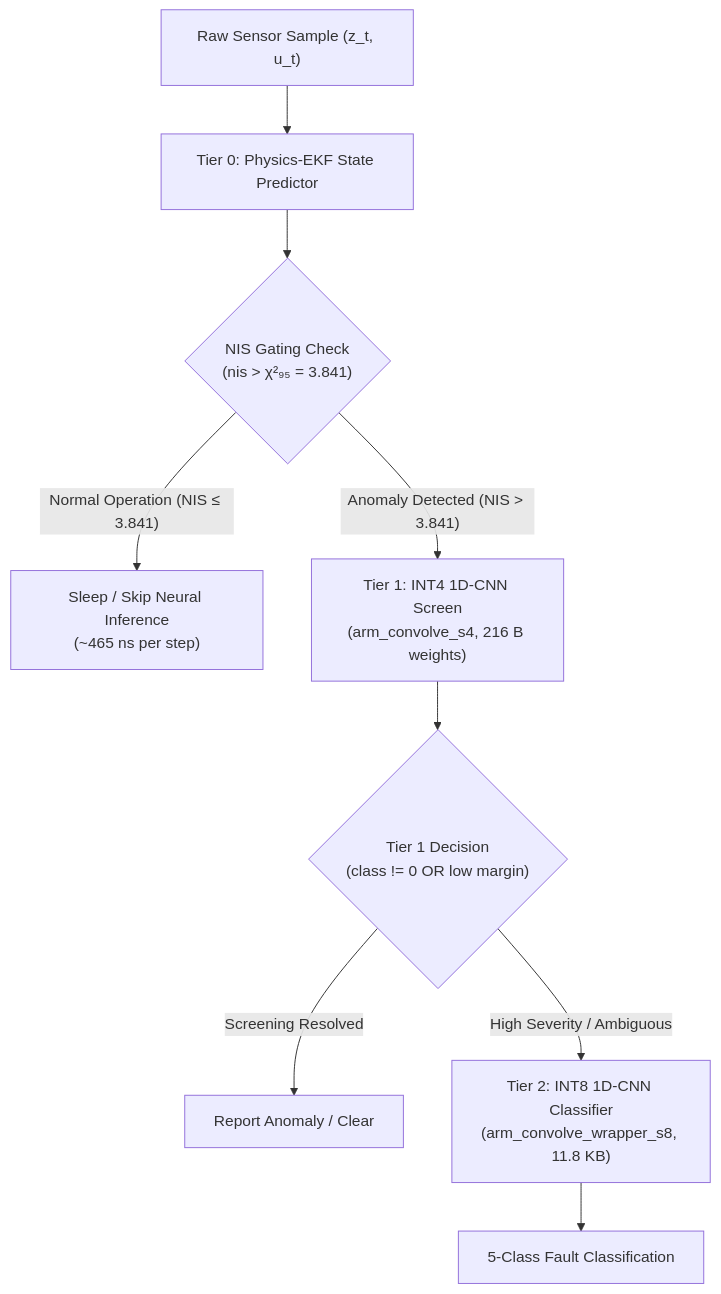
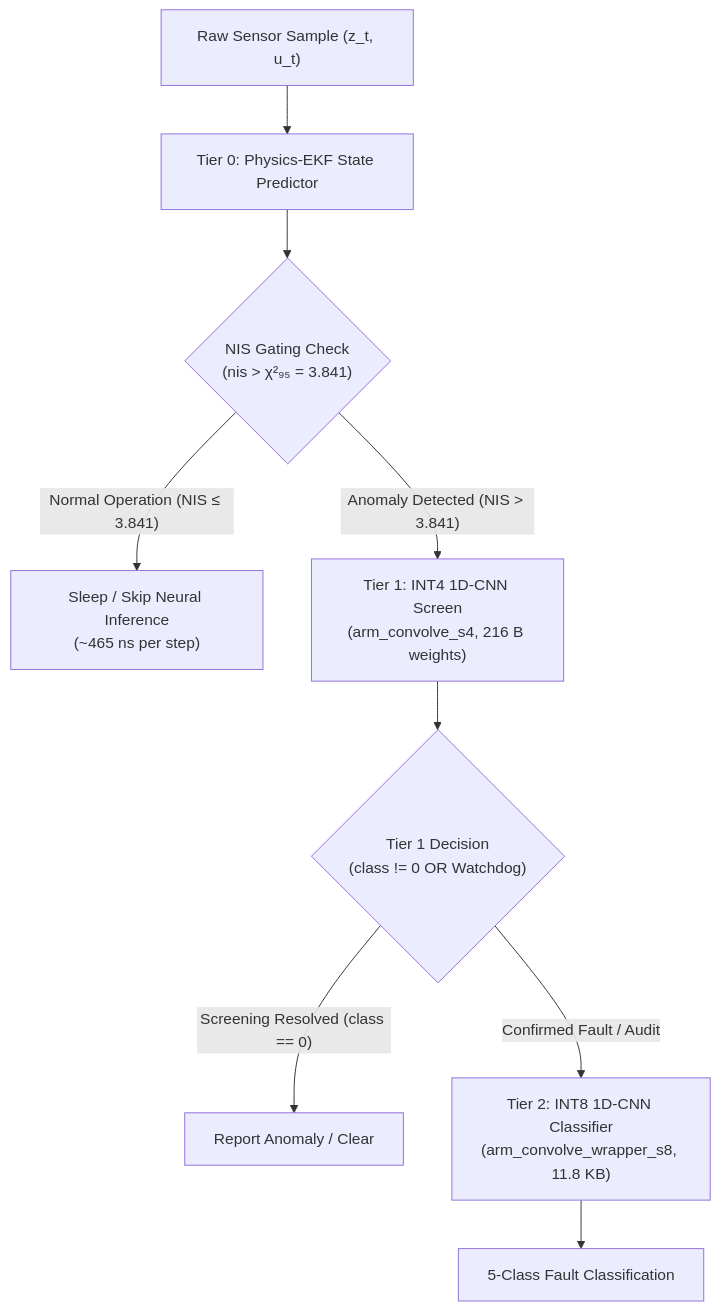
Before and after one commit to Vignesh-Er/ARM-AI-Optimisation-challenge_2026: the diagram in README.md, drawn with Mermaid. The commit also changed other lines of this file and 3 other files, not shown here.

````diff
--- a/README.md
+++ b/README.md
@@ -23,11 +23,11 @@
 ```mermaid
 graph TD
     A["Raw Sensor Sample (z_t, u_t)"] --> B["Tier 0: Physics-EKF State Predictor"]
     B --> C{"NIS Gating Check\n(nis > χ²₉₅ = 3.841)"}
     C -- "Normal Operation (NIS ≤ 3.841)" --> D["Sleep / Skip Neural Inference\n(~465 ns per step)"]
     C -- "Anomaly Detected (NIS > 3.841)" --> E["Tier 1: INT4 1D-CNN Screen\n(arm_convolve_s4, 216 B weights)"]
-    E --> F{"Tier 1 Decision\n(class != 0 OR low margin)"}
-    F -- "Screening Resolved" --> G["Report Anomaly / Clear"]
-    F -- "High Severity / Ambiguous" --> H["Tier 2: INT8 1D-CNN Classifier\n(arm_convolve_wrapper_s8, 11.8 KB)"]
+    E --> F{"Tier 1 Decision\n(class != 0 OR Watchdog)"}
+    F -- "Screening Resolved (class == 0)" --> G["Report Anomaly / Clear"]
+    F -- "Confirmed Fault / Audit" --> H["Tier 2: INT8 1D-CNN Classifier\n(arm_convolve_wrapper_s8, 11.8 KB)"]
     H --> I["5-Class Fault Classification"]
 ```
````
